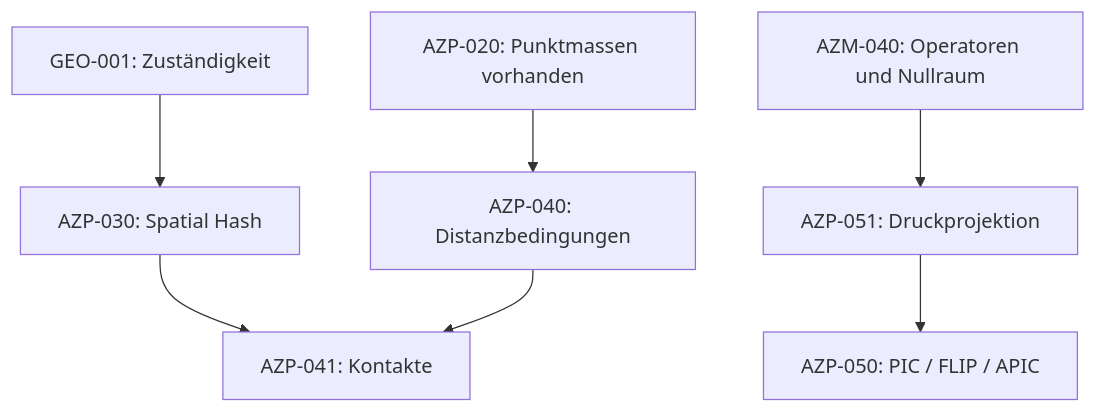
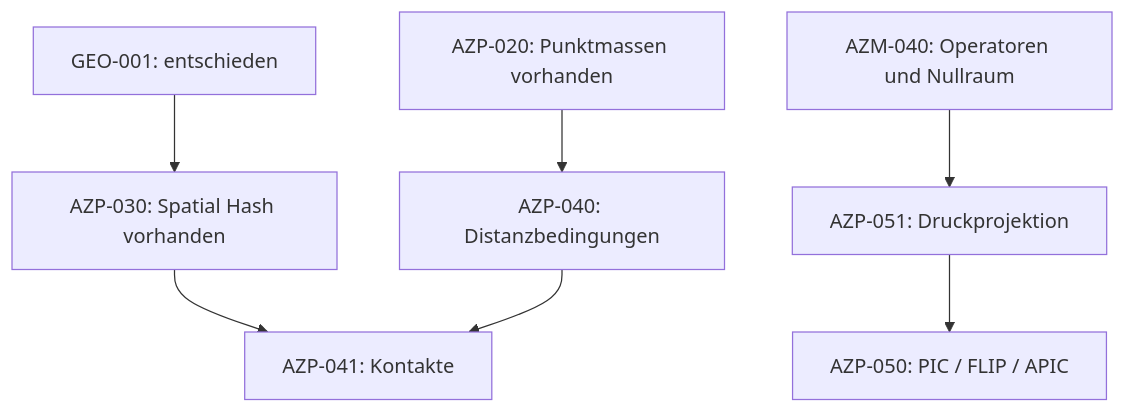
Before and after one commit to Andie2302/aztodo: the diagram in ROADMAP.md, drawn with Mermaid. The commit also changed other lines of this file and 6 other files, not shown here.

Commit message:
docs(plan): complete GEO-001 and spatial hash with decision and CI evidence

````diff
--- a/ROADMAP.md
+++ b/ROADMAP.md
@@ -38,9 +39,9 @@
 ```mermaid
 flowchart TD
-    GEO[GEO-001: Zuständigkeit] --> SEARCH[AZP-030: Spatial Hash]
+    GEO[GEO-001: entschieden] --> SEARCH[AZP-030: Spatial Hash vorhanden]
     MODEL[AZP-020: Punktmassen vorhanden] --> XPBD[AZP-040: Distanzbedingungen]
     SEARCH --> CONTACT[AZP-041: Kontakte]
     XPBD --> CONTACT
     PDE[AZM-040: Operatoren und Nullraum] --> PRESSURE[AZP-051: Druckprojektion]
     PRESSURE --> TRANSFER[AZP-050: PIC / FLIP / APIC]
 ```
````
